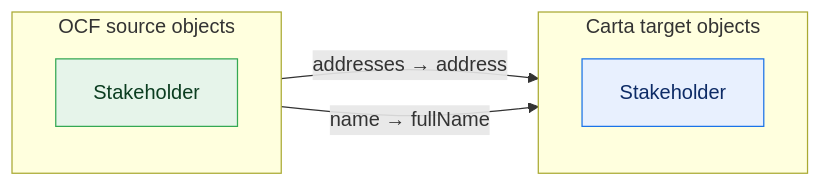
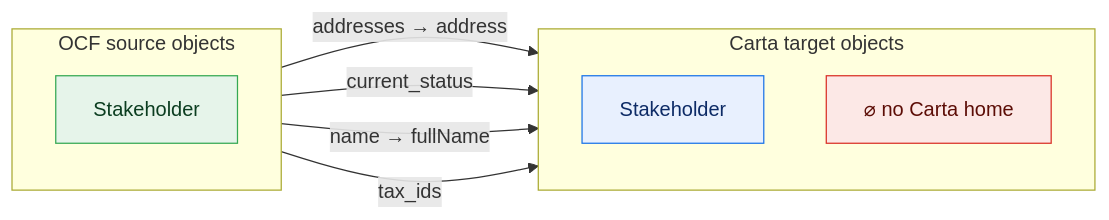
Before and after one commit to Open-Cap-Table-Coalition/OCF-Composed-Schemas: diagram 11 of 30 in core/core-gaps.md, drawn with Mermaid. The commit also changed other lines of this file and 11 other files, not shown here.

First line of the commit message:
Flow diagrams: one fully separate diagram per OCF object flavor

````diff
--- a/core/core-gaps.md
+++ b/core/core-gaps.md
@@ -16,17 +270,20 @@
 ```mermaid
 flowchart LR
   classDef adm fill:#e6f4ea,stroke:#34a853,color:#0b3d20;
   classDef notadm fill:#f1f3f4,stroke:#9aa0a6,color:#5f6368,stroke-dasharray:4 3;
   classDef carta fill:#e8f0fe,stroke:#1a73e8,color:#0d2b66;
   classDef sink fill:#fce8e6,stroke:#d93025,color:#5c0d06;
   subgraph SRC["OCF source objects"]
     direction TB
     o0["Stakeholder"]:::adm
   end
   subgraph TGT["Carta target objects"]
     direction TB
     t0["Stakeholder"]:::carta
+    sink["⌀ no Carta home"]:::sink
   end
   o0 -->|"addresses → address"| t0
+  o0 -->|"current_status"| sink
   o0 -->|"name → fullName"| t0
+  o0 -->|"tax_ids"| sink
 ```
````
